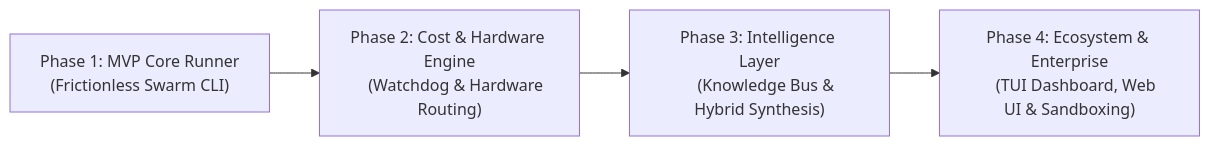
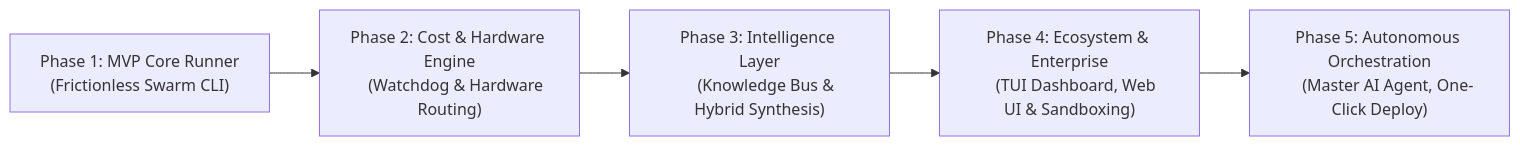
The diagram in ROADMAP.md (lakshya076/HiveMind), drawn with Mermaid before and after one commit. The commit also changed other lines of this file and 14 other files, not shown here.

````diff
--- a/ROADMAP.md
+++ b/ROADMAP.md
@@ -9,16 +9,19 @@
 ```mermaid
 flowchart LR
     P1["Phase 1: MVP Core Runner
     (Frictionless Swarm CLI)"]
     
     P2["Phase 2: Cost & Hardware Engine
     (Watchdog & Hardware Routing)"]
     
     P3["Phase 3: Intelligence Layer
     (Knowledge Bus & Hybrid Synthesis)"]
     
     P4["Phase 4: Ecosystem & Enterprise
     (TUI Dashboard, Web UI & Sandboxing)"]
 
-    P1 --> P2 --> P3 --> P4
+    P5["Phase 5: Autonomous Orchestration
+    (Master AI Agent, One-Click Deploy)"]
+
+    P1 --> P2 --> P3 --> P4 --> P5
 ```
````
